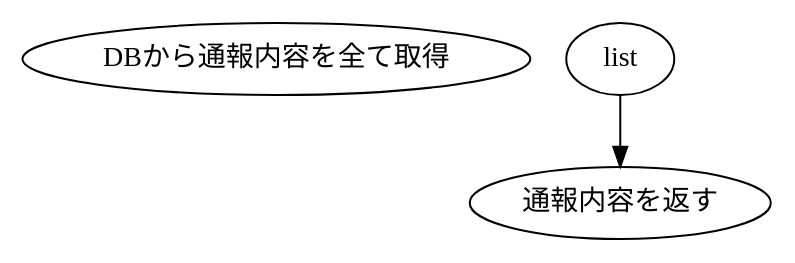
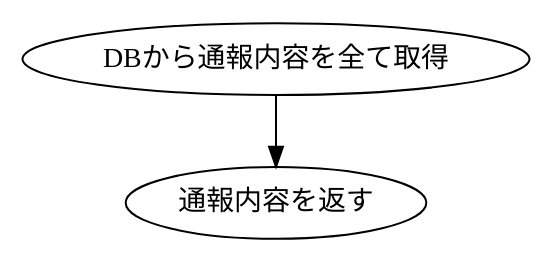
The diagram in dot/sato/AdminGetReportDetails.dot (KUT-Group12/internal_design), drawn with Graphviz before and after one commit. The commit also changed 13 other files, not shown here.

```diff
--- a/dot/sato/AdminGetReportDetails.dot
+++ b/dot/sato/AdminGetReportDetails.dot
@@ -1,7 +1,7 @@
 digraph G {
     #include "style.doth"
     get[label = "DBから通報内容を全て取得"]
     result[label = "通報内容を返す"]
 
-    list -> result
+    get -> result
 }
```
